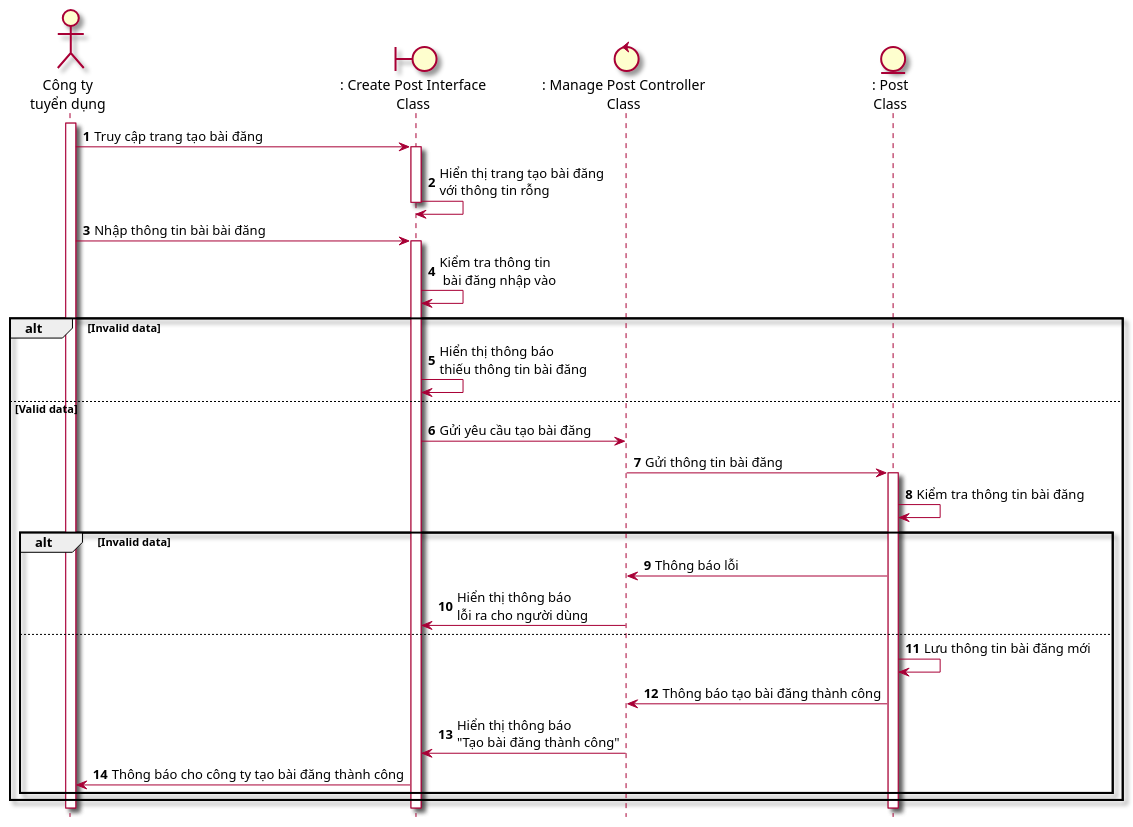
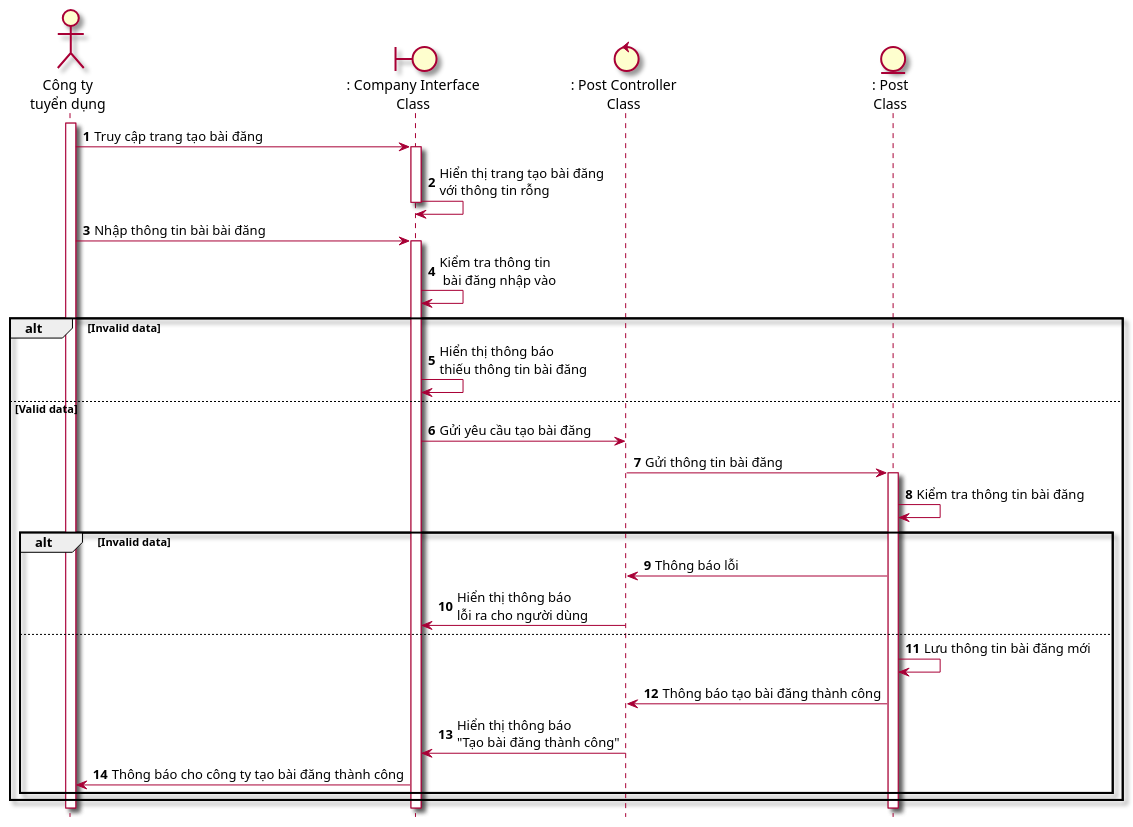
The diagram in Lab1/Lab 1.2 Diagram/Sequence/FilePUML/2.1 SeqTaoBaiDang.puml (Griselda4774/EAS-EmploymentAssistanceSystem), drawn with PlantUML before and after one commit. The commit also changed 9 other files, not shown here.

```diff
--- a/Lab1/Lab 1.2 Diagram/Sequence/FilePUML/2.1 SeqTaoBaiDang.puml
+++ b/Lab1/Lab 1.2 Diagram/Sequence/FilePUML/2.1 SeqTaoBaiDang.puml
@@ -1,31 +1,31 @@
 @startuml seqTaoBaiDang
 skin rose
 hide footbox
 actor congTy as "Công ty\ntuyển dụng"
-boundary createPostInterface as ": Create Post Interface\nClass"
-control managePostController as ": Manage Post Controller\nClass"
+boundary companyInterface as ": Company Interface\nClass"
+control postController as ": Post Controller\nClass"
 entity Post as ": Post\nClass"
 
 autonumber
 congTy++
-congTy -> createPostInterface++: Truy cập trang tạo bài đăng
-createPostInterface -> createPostInterface--: Hiển thị trang tạo bài đăng\nvới thông tin rỗng
-congTy -> createPostInterface++: Nhập thông tin bài bài đăng
-createPostInterface -> createPostInterface: Kiểm tra thông tin\n bài đăng nhập vào
+congTy -> companyInterface++: Truy cập trang tạo bài đăng
+companyInterface -> companyInterface--: Hiển thị trang tạo bài đăng\nvới thông tin rỗng
+congTy -> companyInterface++: Nhập thông tin bài bài đăng
+companyInterface -> companyInterface: Kiểm tra thông tin\n bài đăng nhập vào
 alt Invalid data
-    createPostInterface-> createPostInterface: Hiển thị thông báo \nthiếu thông tin bài đăng    
+    companyInterface-> companyInterface: Hiển thị thông báo \nthiếu thông tin bài đăng    
 else Valid data
-    createPostInterface-> managePostController: Gửi yêu cầu tạo bài đăng
-    managePostController-> Post++: Gửi thông tin bài đăng
+    companyInterface-> postController: Gửi yêu cầu tạo bài đăng
+    postController-> Post++: Gửi thông tin bài đăng
     Post->Post: Kiểm tra thông tin bài đăng
     alt Invalid data
-        Post->managePostController: Thông báo lỗi 
-        managePostController -> createPostInterface: Hiển thị thông báo\nlỗi ra cho người dùng
+        Post->postController: Thông báo lỗi 
+        postController -> companyInterface: Hiển thị thông báo\nlỗi ra cho người dùng
     else
         Post->Post: Lưu thông tin bài đăng mới
-        Post-> managePostController: Thông báo tạo bài đăng thành công
-        managePostController->createPostInterface: Hiển thị thông báo\n"Tạo bài đăng thành công"
-        createPostInterface->congTy: Thông báo cho công ty tạo bài đăng thành công
+        Post-> postController: Thông báo tạo bài đăng thành công
+        postController->companyInterface: Hiển thị thông báo\n"Tạo bài đăng thành công"
+        companyInterface->congTy: Thông báo cho công ty tạo bài đăng thành công
     end
 end
 @enduml
```
